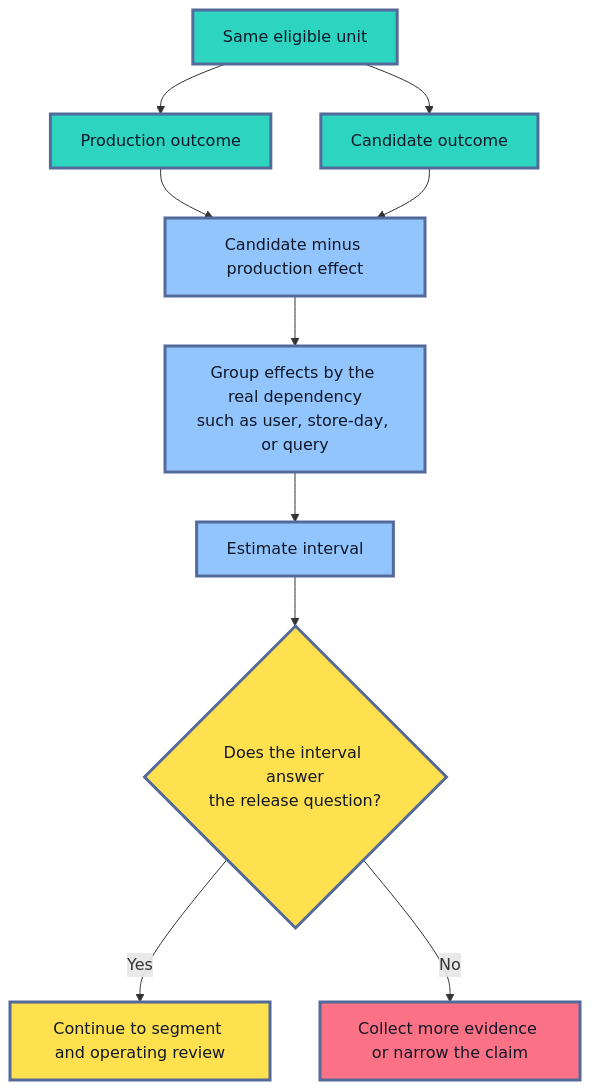
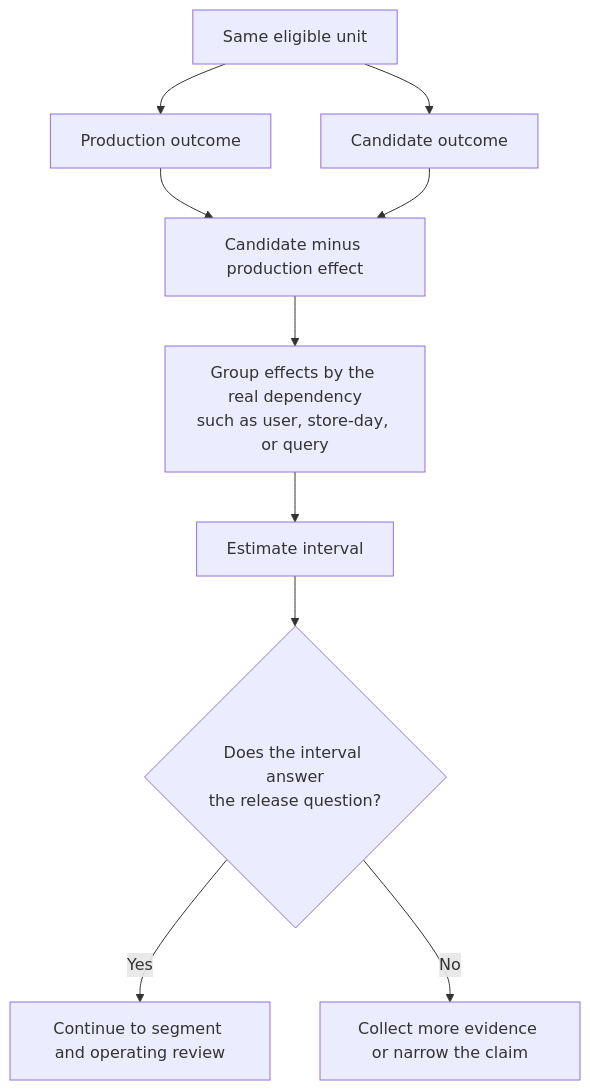
One commit to senlinyy/dev-roadmaps changed the second of 3 diagrams in roadmaps/mlops/modules/model-evaluation/release-decisions/01-candidate-vs-production-model.md. Above: the diagram before and after it, drawn with Mermaid. The commit also changed other lines of this file and 152 other files, not shown here.

Commit message:
feat: mlops and diagrams updated

````diff
--- a/roadmaps/mlops/modules/model-evaluation/release-decisions/01-candidate-vs-production-model.md
+++ b/roadmaps/mlops/modules/model-evaluation/release-decisions/01-candidate-vs-production-model.md
@@ -176,21 +173,17 @@
 ```mermaid
 flowchart TD
     U["Same eligible unit"] --> P["Production outcome"]
     U --> C["Candidate outcome"]
     P --> D["Candidate minus production effect"]
     C --> D
     D --> G["Group effects by the real dependency<br/>such as user, store-day, or query"]
     G --> I["Estimate interval"]
     I --> Q{"Does the interval answer<br/>the release question?"}
     Q -- "Yes" --> S["Continue to segment and operating review"]
     Q -- "No" --> M["Collect more evidence or narrow the claim"]
 
-    classDef input fill:#2DD4BF,stroke:#536A9A,stroke-width:3px,color:#0F172A
-    classDef analysis fill:#93C5FD,stroke:#536A9A,stroke-width:3px,color:#0F172A
-    classDef decision fill:#FFE04F,stroke:#536A9A,stroke-width:3px,color:#111827
-    classDef hold fill:#FB7185,stroke:#536A9A,stroke-width:3px,color:#111827
     class U,P,C input
     class D,G,I analysis
     class Q,S decision
     class M hold
 ```
````
